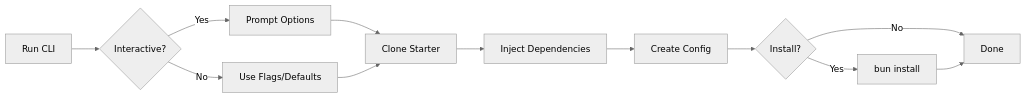
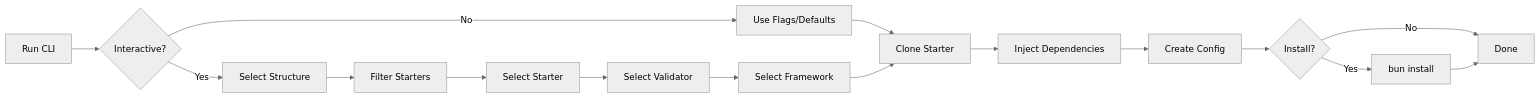
The first of 3 diagrams in packages/create-onion-lasagna-app/README.md (Cosmneo/onion-lasagna), drawn with Mermaid (neutral theme) before and after one commit. The commit also changed other lines of this file and 2 other files, not shown here.

First line of the commit message:
feat(create-app): separate structure from starters

````diff
--- a/packages/create-onion-lasagna-app/README.md
+++ b/packages/create-onion-lasagna-app/README.md
@@ -27,14 +27,18 @@
 ```mermaid
 flowchart LR
     A[Run CLI] --> B{Interactive?}
-    B -->|Yes| C[Prompt Options]
+    B -->|Yes| C[Select Structure]
     B -->|No| D[Use Flags/Defaults]
-    C --> E[Clone Starter]
-    D --> E
-    E --> F[Inject Dependencies]
-    F --> G[Create Config]
-    G --> H{Install?}
-    H -->|Yes| I[bun install]
-    H -->|No| J[Done]
-    I --> J
+    C --> E[Filter Starters]
+    E --> F[Select Starter]
+    F --> G[Select Validator]
+    G --> H[Select Framework]
+    D --> I[Clone Starter]
+    H --> I
+    I --> J[Inject Dependencies]
+    J --> K[Create Config]
+    K --> L{Install?}
+    L -->|Yes| M[bun install]
+    L -->|No| N[Done]
+    M --> N
 ```
````
